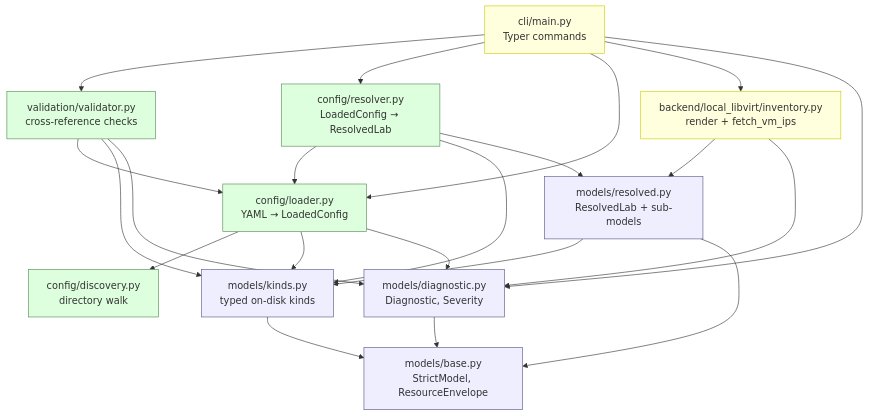
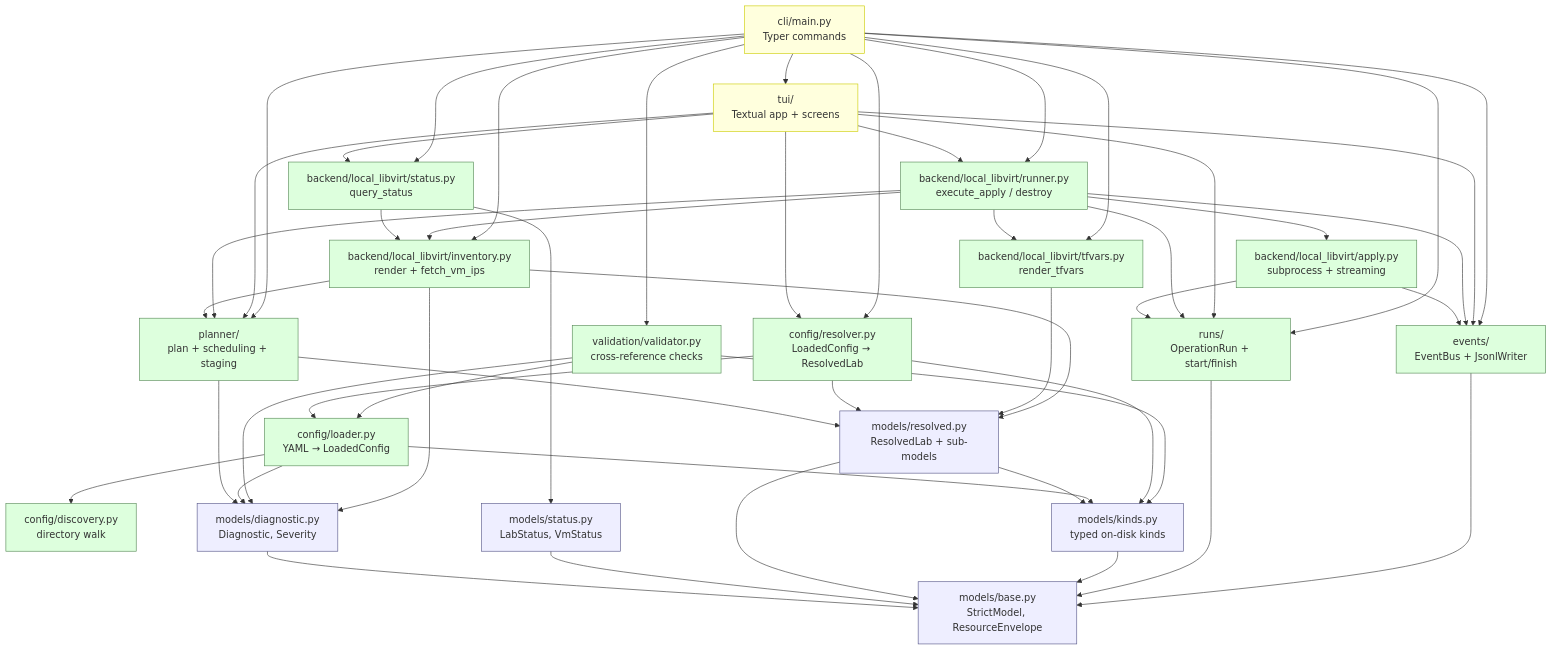
Before and after one commit to spicysauce1955-stack/playground: the second of 8 diagrams in docs/system_overview.md, drawn with Mermaid. The commit also changed other lines of this file and 2 other files, not shown here.

````diff
--- a/docs/system_overview.md
+++ b/docs/system_overview.md
@@ -74,18 +74,53 @@
     discovery[config/discovery.py<br/>directory walk]
     kinds[models/kinds.py<br/>typed on-disk kinds]
     resolved[models/resolved.py<br/>ResolvedLab + sub-models]
+    status_model[models/status.py<br/>LabStatus, VmStatus]
     diag[models/diagnostic.py<br/>Diagnostic, Severity]
     base[models/base.py<br/>StrictModel, ResourceEnvelope]
     inventory[backend/local_libvirt/inventory.py<br/>render + fetch_vm_ips]
+    tfvars[backend/local_libvirt/tfvars.py<br/>render_tfvars]
+    apply_adapter[backend/local_libvirt/apply.py<br/>subprocess + streaming]
+    runner[backend/local_libvirt/runner.py<br/>execute_apply / destroy]
+    backend_status[backend/local_libvirt/status.py<br/>query_status]
+    planner[planner/<br/>plan + scheduling + staging]
+    events[events/<br/>EventBus + JsonlWriter]
+    runs[runs/<br/>OperationRun + start/finish]
+    tui[tui/<br/>Textual app + screens]
 
     cli --> validator
     cli --> resolver
-    cli --> loader
+    cli --> runner
+    cli --> planner
     cli --> inventory
-    cli --> diag
+    cli --> backend_status
+    cli --> tfvars
+    cli --> events
+    cli --> runs
+    cli --> tui
+    tui --> runner
+    tui --> planner
+    tui --> resolver
+    tui --> backend_status
+    tui --> events
+    tui --> runs
+
+    runner --> apply_adapter
+    runner --> inventory
+    runner --> tfvars
+    runner --> planner
+    runner --> events
+    runner --> runs
+
+    apply_adapter --> events
+    apply_adapter --> runs
+
+    backend_status --> inventory
+    backend_status --> status_model
 
     inventory --> resolved
     inventory --> diag
+    inventory --> planner
+    tfvars --> resolved
 
     validator --> loader
     validator --> kinds
@@ -99,15 +134,21 @@
     loader --> kinds
     loader --> diag
 
+    planner --> resolved
+    planner --> diag
+
+    events --> base
+    runs --> base
     kinds --> base
     resolved --> kinds
     resolved --> base
+    status_model --> base
     diag --> base
 
     classDef tip fill:#ffd,stroke:#cc0
     classDef mid fill:#dfd,stroke:#585
     classDef foundation fill:#eef,stroke:#558
-    class cli,inventory tip
-    class validator,resolver,loader,discovery mid
-    class kinds,resolved,diag,base foundation
+    class cli,tui tip
+    class runner,apply_adapter,inventory,tfvars,backend_status,planner,events,runs,validator,resolver,loader,discovery mid
+    class kinds,resolved,status_model,diag,base foundation
 ```
````
